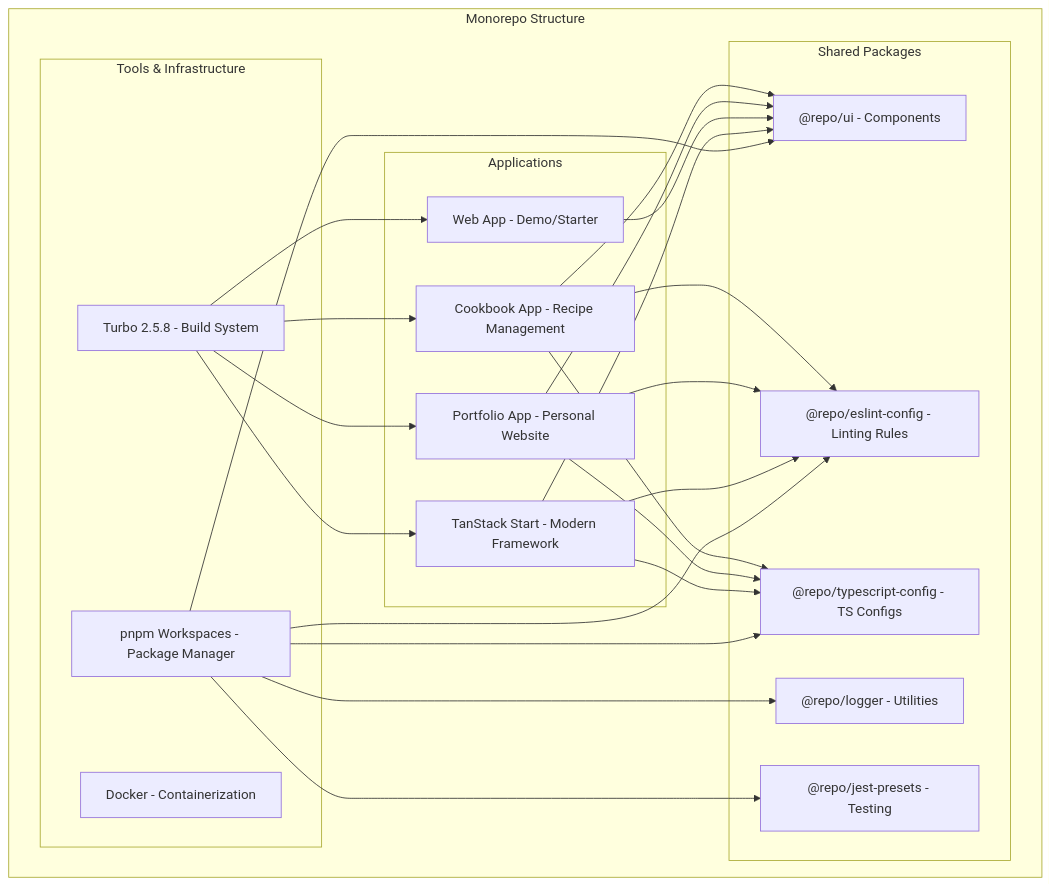
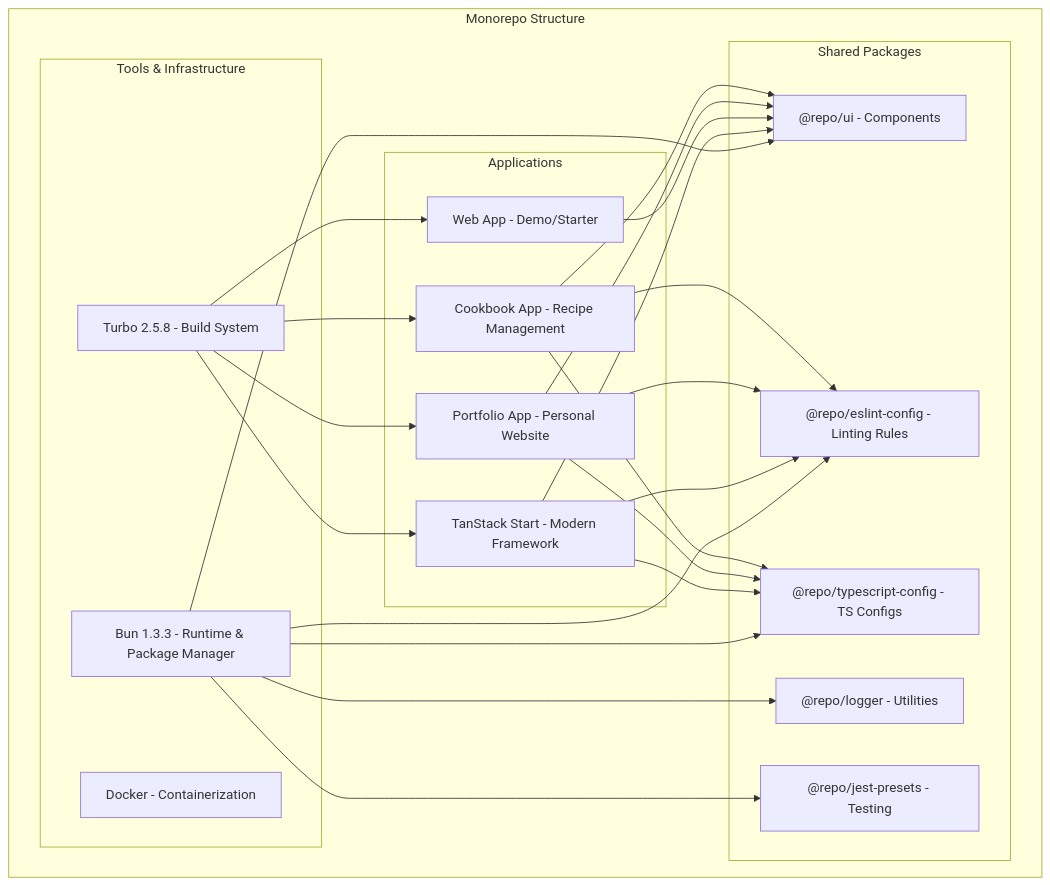
Before and after one commit to hd719/nextjs-monorepo: the diagram in README.md, drawn with Mermaid. The commit also changed other lines of this file and 14 other files, not shown here.

````diff
--- a/README.md
+++ b/README.md
@@ -20,46 +21,46 @@
 ```mermaid
 graph TB
     subgraph "Monorepo Structure"
         subgraph "Applications"
             A1["Cookbook App - Recipe Management"]
             A2["Portfolio App - Personal Website"]
             A3["Web App - Demo/Starter"]
             A4["TanStack Start - Modern Framework"]
         end
 
         subgraph "Shared Packages"
             P1["@repo/ui - Components"]
             P2["@repo/eslint-config - Linting Rules"]
             P3["@repo/typescript-config - TS Configs"]
             P4["@repo/logger - Utilities"]
             P5["@repo/jest-presets - Testing"]
         end
 
         subgraph "Tools & Infrastructure"
             T1["Turbo 2.5.8 - Build System"]
-            T2["pnpm Workspaces - Package Manager"]
+            T2["Bun 1.3.3 - Runtime & Package Manager"]
             T3["Docker - Containerization"]
         end
     end
 
     A1 --> P1
     A1 --> P2
     A1 --> P3
     A2 --> P1
     A2 --> P2
     A2 --> P3
     A3 --> P1
     A4 --> P1
     A4 --> P2
     A4 --> P3
 
     T1 --> A1
     T1 --> A2
     T1 --> A3
     T1 --> A4
     T2 --> P1
     T2 --> P2
     T2 --> P3
     T2 --> P4
     T2 --> P5
 ```
````
